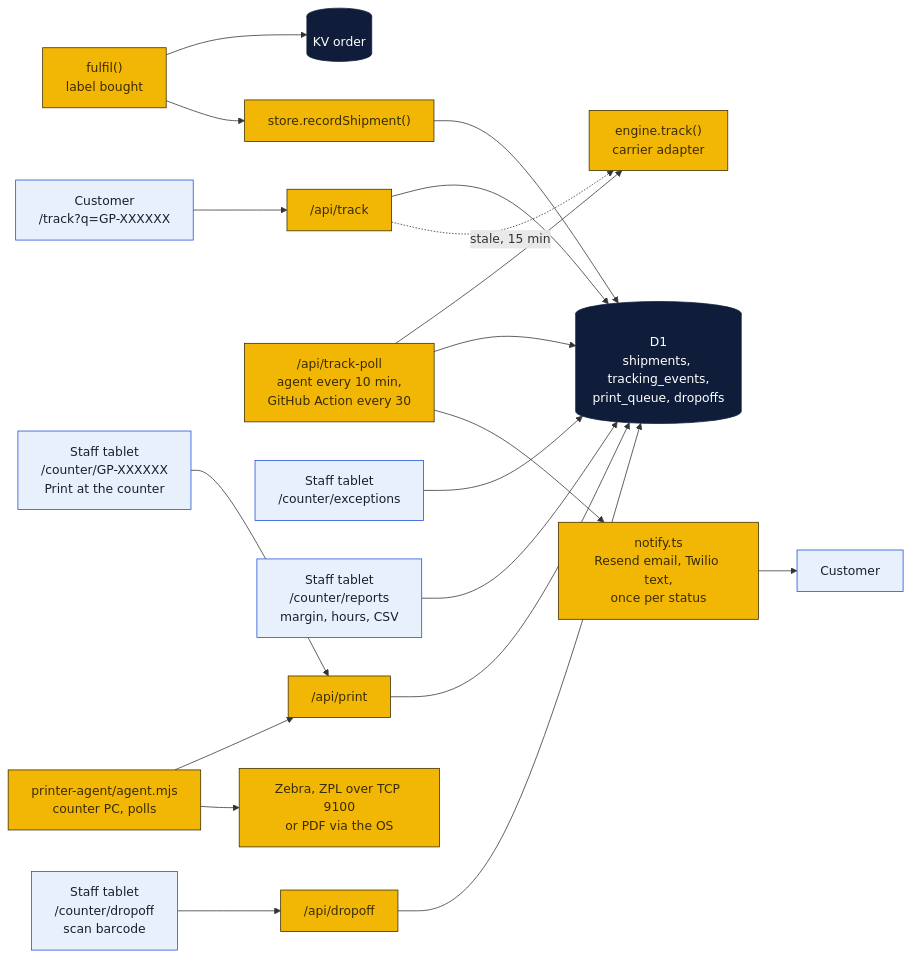
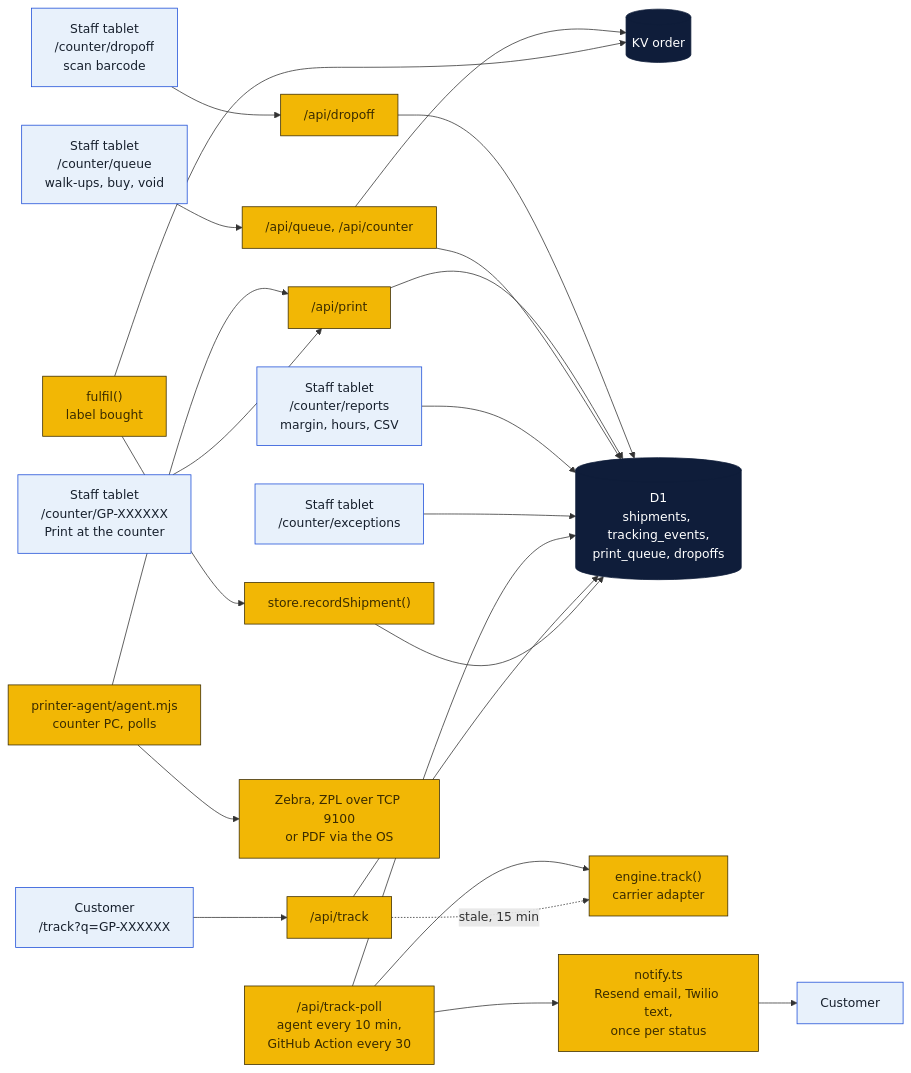
One commit to wbp318/goin-postal-forsythe changed the second of 6 diagrams in shipping-client/README.md. Above: the diagram before and after it, drawn with Mermaid. The commit also changed other lines of this file and 15 other files, not shown here.

First line of the commit message:
PeterShip: counter quote queue, walk-ups, void and cancel (N1)

````diff
--- a/shipping-client/README.md
+++ b/shipping-client/README.md
@@ -57,20 +59,22 @@
 ```mermaid
 flowchart LR
   F["fulfil()<br/>label bought"]:::local --> KV[("KV order")]:::cloud
   F --> ST["store.recordShipment()"]:::local --> D1[("D1<br/>shipments, tracking_events,<br/>print_queue, dropoffs")]:::cloud
   C["Customer<br/>/track?q=GP-XXXXXX"]:::you --> TA["/api/track"]:::local --> D1
   TA -.->|stale, 15 min| TR["engine.track()<br/>carrier adapter"]:::local
   PL["/api/track-poll<br/>agent every 10 min,<br/>GitHub Action every 30"]:::local --> TR
   PL --> D1
   PL --> NO["notify.ts<br/>Resend email, Twilio text,<br/>once per status"]:::local
   NO --> CU["Customer"]:::you
   EX["Staff tablet<br/>/counter/exceptions"]:::you --> D1
   RP["Staff tablet<br/>/counter/reports<br/>margin, hours, CSV"]:::you --> D1
+  QU["Staff tablet<br/>/counter/queue<br/>walk-ups, buy, void"]:::you --> QA["/api/queue, /api/counter"]:::local --> D1
+  QA --> KV
   K["Staff tablet<br/>/counter/GP-XXXXXX<br/>Print at the counter"]:::you --> PQ["/api/print"]:::local --> D1
   AG["printer-agent/agent.mjs<br/>counter PC, polls"]:::local --> PQ
   AG --> Z["Zebra, ZPL over TCP 9100<br/>or PDF via the OS"]:::local
   DO["Staff tablet<br/>/counter/dropoff<br/>scan barcode"]:::you --> DA["/api/dropoff"]:::local --> D1
   classDef local fill:#f2b705,stroke:#3b2c00,color:#3b2c00
   classDef cloud fill:#0f1d3a,stroke:#0f1d3a,color:#ffffff
   classDef you fill:#e8f1fb,stroke:#1d4ed8,color:#17202d
 ```
````
